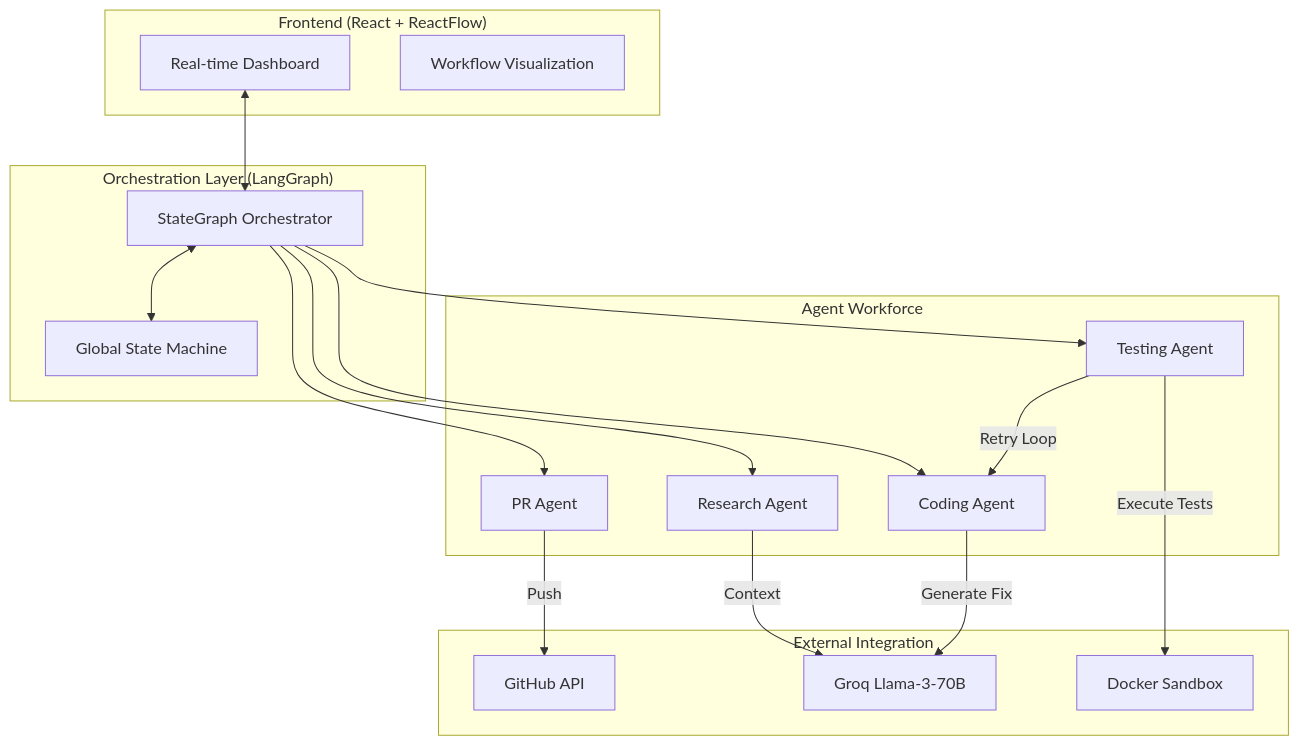
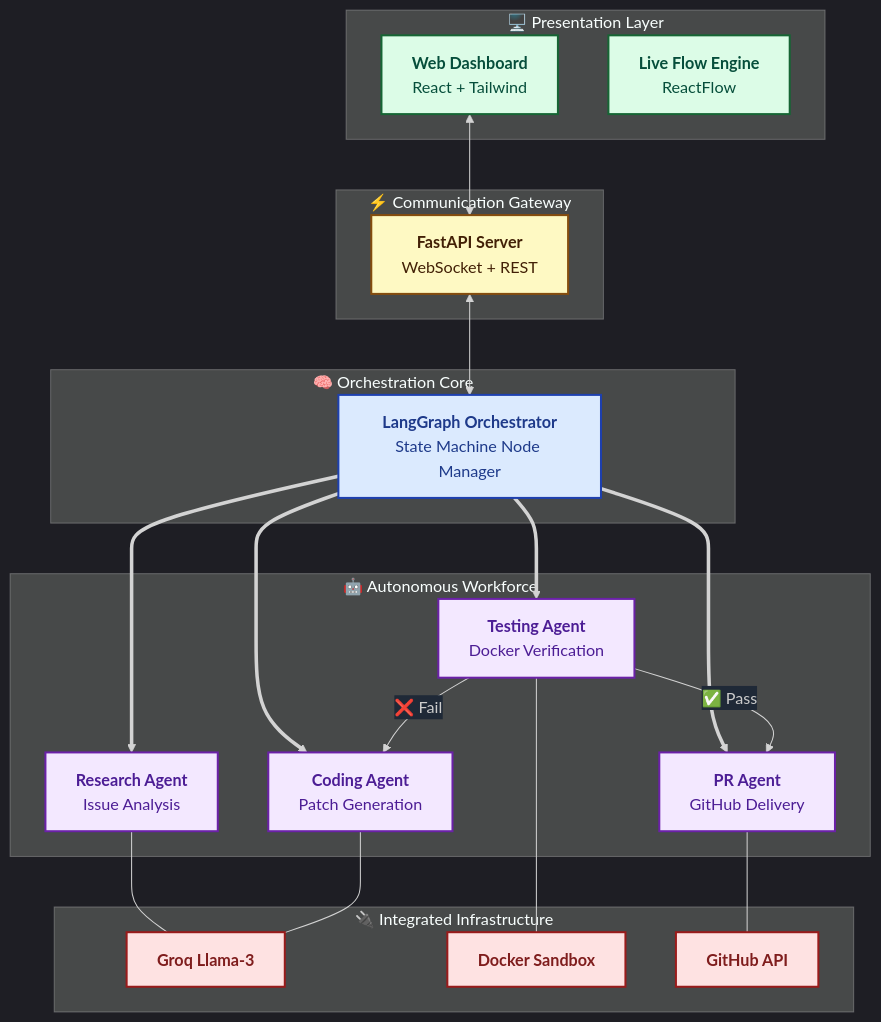
The diagram in README.md (prakhar0085/AgentHelix), drawn with Mermaid before and after one commit. The commit also changed other lines of this file, not shown here.

````diff
--- a/README.md
+++ b/README.md
@@ -16,40 +16,52 @@
 ```mermaid
-graph TD
-    subgraph "Frontend (React + ReactFlow)"
-        UI["Real-time Dashboard"]
-        FLOW["Workflow Visualization"]
+%%{init: {'theme': 'dark', 'themeVariables': { 'primaryColor': '#3b82f6', 'edgeLabelBackground':'#1f2937', 'tertiaryColor': '#111827'}}}%%
+graph TB
+    subgraph Client ["🖥️ Presentation Layer"]
+        UI["<b>Web Dashboard</b><br/>React + Tailwind"]
+        FLOW["<b>Live Flow Engine</b><br/>ReactFlow"]
     end
 
-    subgraph "Orchestration Layer (LangGraph)"
-        ORCH["StateGraph Orchestrator"]
-        STATE["Global State Machine"]
+    subgraph API ["⚡ Communication Gateway"]
+        FAST["<b>FastAPI Server</b><br/>WebSocket + REST"]
     end
 
-    subgraph "Agent Workforce"
-        RA["Research Agent"]
-        CA["Coding Agent"]
-        TA["Testing Agent"]
-        PRA["PR Agent"]
+    subgraph Core ["🧠 Orchestration Core"]
+        ORCH["<b>LangGraph Orchestrator</b><br/>State Machine Node Manager"]
     end
 
-    subgraph "External Integration"
-        GH["GitHub API"]
-        LLM["Groq Llama-3-70B"]
-        DK["Docker Sandbox"]
+    subgraph Agents ["🤖 Autonomous Workforce"]
+        RA["<b>Research Agent</b><br/>Issue Analysis"]
+        CA["<b>Coding Agent</b><br/>Patch Generation"]
+        TA["<b>Testing Agent</b><br/>Docker Verification"]
+        PRA["<b>PR Agent</b><br/>GitHub Delivery"]
     end
 
-    UI <--> ORCH
-    ORCH <--> STATE
+    subgraph Infra ["🔌 Integrated Infrastructure"]
+        LLM["<b>Groq Llama-3</b>"]
+        DK["<b>Docker Sandbox</b>"]
+        GH["<b>GitHub API</b>"]
+    end
+
+    UI <--> FAST <--> ORCH
+    ORCH ==> RA & CA & TA & PRA
     
-    ORCH --> RA
-    ORCH --> CA
-    ORCH --> TA
-    ORCH --> PRA
+    RA --- LLM
+    CA --- LLM
+    TA --- DK
+    PRA --- GH
     
-    RA -- "Context" --> LLM
-    CA -- "Generate Fix" --> LLM
-    TA -- "Execute Tests" --> DK
-    PRA -- "Push" --> GH
-    
-    TA -- "Retry Loop" --> CA
+    TA -- "❌ Fail" --> CA
+    TA -- "✅ Pass" --> PRA
+
+    classDef client fill:#dcfce7,stroke:#166534,stroke-width:2px,color:#064e3b;
+    classDef api fill:#fef9c3,stroke:#854d0e,stroke-width:2px,color:#422006;
+    classDef core fill:#dbeafe,stroke:#1e40af,stroke-width:2px,color:#1e3a8a;
+    classDef agent fill:#f3e8ff,stroke:#6b21a8,stroke-width:2px,color:#4c1d95;
+    classDef infra fill:#fee2e2,stroke:#991b1b,stroke-width:2px,color:#7f1d1d;
+
+    class UI,FLOW client;
+    class FAST api;
+    class ORCH core;
+    class RA,CA,TA,PRA agent;
+    class LLM,DK,GH infra;
 ```
````
